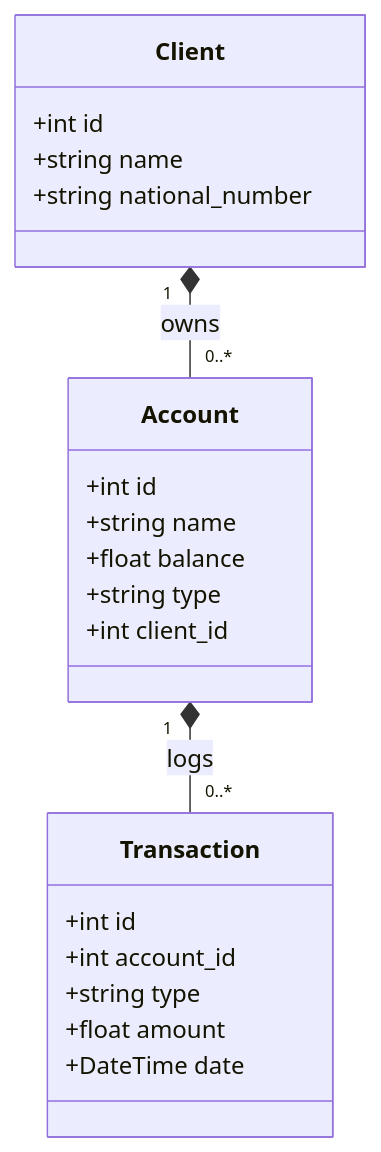
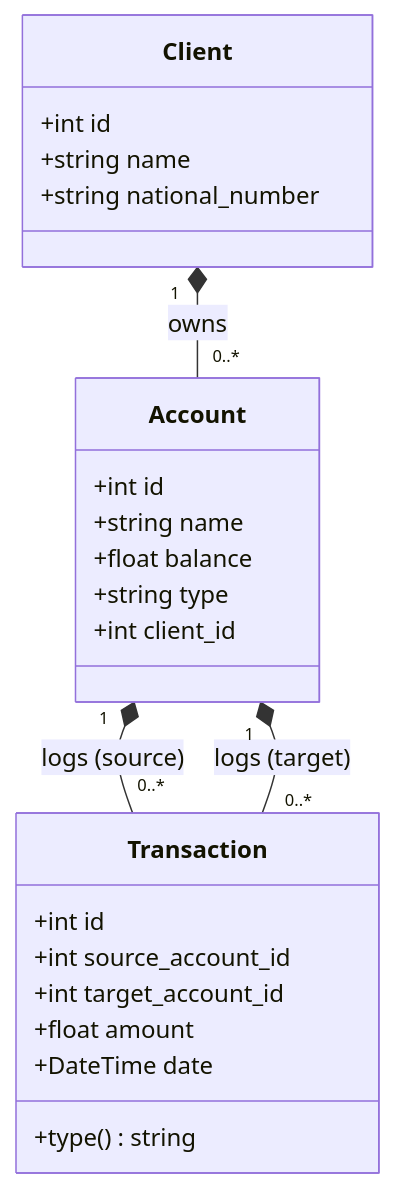
One commit to knowitcz/gen-ai-07-22 changed the first of 3 diagrams in docs/HB-12/analysis-developers.md. Above: the diagram before and after it, drawn with Mermaid. The commit also changed other lines of this file, not shown here.

Commit message:
HB-12: Architectural review

````diff
--- a/docs/HB-12/analysis-developers.md
+++ b/docs/HB-12/analysis-developers.md
@@ -67,25 +75,27 @@
 ```mermaid
 classDiagram
     class Client {
         +int id
         +string name
         +string national_number
     }
     class Account {
         +int id
         +string name
         +float balance
         +string type
         +int client_id
     }
     class Transaction {
         +int id
-        +int account_id
-        +string type
+        +int source_account_id
+        +int target_account_id
         +float amount
         +DateTime date
+        +type() string
     }
 
     Client "1" *-- "0..*" Account : owns
-    Account "1" *-- "0..*" Transaction : logs
+    Account "1" *-- "0..*" Transaction : logs (source)
+    Account "1" *-- "0..*" Transaction : logs (target)
 ```
````
